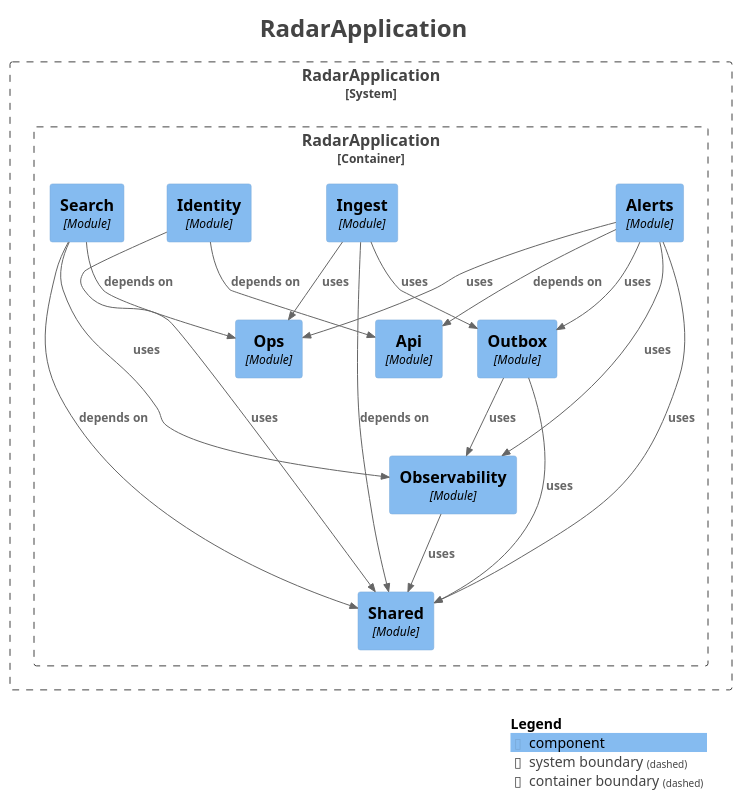
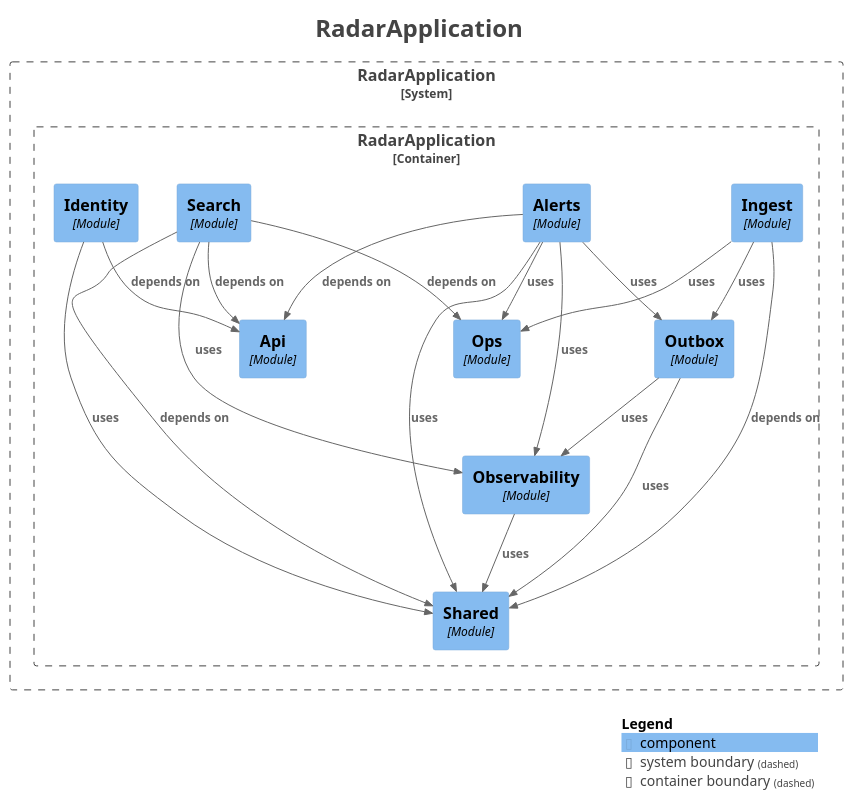
The diagram in docs/modules/components.puml (MiguelSanzBr/radar-licitacoes), drawn with PlantUML before and after one commit. The commit also changed 49 other files, not shown here.

Commit message:
feat(search): rest api

```diff
--- a/docs/modules/components.puml
+++ b/docs/modules/components.puml
@@ -1,52 +1,53 @@
 @startuml
 title <size:24>RadarApplication</size>
 
 set separator none
 top to bottom direction
 
 <style>
   root {
     BackgroundColor: #ffffff
     FontColor: #444444
   }
 </style>
 
 !include <C4/C4>
 !include <C4/C4_Context>
 !include <C4/C4_Component>
 
 System_Boundary("RadarApplication_boundary", "RadarApplication", $tags="") {
   Container_Boundary("RadarApplication.RadarApplication_boundary", "RadarApplication", $tags="") {
     Component(RadarApplication.RadarApplication.Alerts, "Alerts", $techn="Module", $descr="", $tags="", $link="")
     Component(RadarApplication.RadarApplication.Ingest, "Ingest", $techn="Module", $descr="", $tags="", $link="")
     Component(RadarApplication.RadarApplication.Api, "Api", $techn="Module", $descr="", $tags="", $link="")
     Component(RadarApplication.RadarApplication.Ops, "Ops", $techn="Module", $descr="", $tags="", $link="")
     Component(RadarApplication.RadarApplication.Shared, "Shared", $techn="Module", $descr="", $tags="", $link="")
     Component(RadarApplication.RadarApplication.Identity, "Identity", $techn="Module", $descr="", $tags="", $link="")
     Component(RadarApplication.RadarApplication.Observability, "Observability", $techn="Module", $descr="", $tags="", $link="")
     Component(RadarApplication.RadarApplication.Outbox, "Outbox", $techn="Module", $descr="", $tags="", $link="")
     Component(RadarApplication.RadarApplication.Search, "Search", $techn="Module", $descr="", $tags="", $link="")
   }
 
 }
 
+Rel(RadarApplication.RadarApplication.Ingest, RadarApplication.RadarApplication.Shared, "depends on", $techn="", $tags="", $link="")
+Rel(RadarApplication.RadarApplication.Ingest, RadarApplication.RadarApplication.Ops, "uses", $techn="", $tags="", $link="")
+Rel(RadarApplication.RadarApplication.Ingest, RadarApplication.RadarApplication.Outbox, "uses", $techn="", $tags="", $link="")
+Rel(RadarApplication.RadarApplication.Outbox, RadarApplication.RadarApplication.Shared, "uses", $techn="", $tags="", $link="")
+Rel(RadarApplication.RadarApplication.Outbox, RadarApplication.RadarApplication.Observability, "uses", $techn="", $tags="", $link="")
 Rel(RadarApplication.RadarApplication.Observability, RadarApplication.RadarApplication.Shared, "uses", $techn="", $tags="", $link="")
 Rel(RadarApplication.RadarApplication.Identity, RadarApplication.RadarApplication.Api, "depends on", $techn="", $tags="", $link="")
 Rel(RadarApplication.RadarApplication.Identity, RadarApplication.RadarApplication.Shared, "uses", $techn="", $tags="", $link="")
-Rel(RadarApplication.RadarApplication.Outbox, RadarApplication.RadarApplication.Shared, "uses", $techn="", $tags="", $link="")
-Rel(RadarApplication.RadarApplication.Outbox, RadarApplication.RadarApplication.Observability, "uses", $techn="", $tags="", $link="")
 Rel(RadarApplication.RadarApplication.Search, RadarApplication.RadarApplication.Ops, "depends on", $techn="", $tags="", $link="")
+Rel(RadarApplication.RadarApplication.Search, RadarApplication.RadarApplication.Api, "depends on", $techn="", $tags="", $link="")
 Rel(RadarApplication.RadarApplication.Search, RadarApplication.RadarApplication.Shared, "depends on", $techn="", $tags="", $link="")
 Rel(RadarApplication.RadarApplication.Search, RadarApplication.RadarApplication.Observability, "uses", $techn="", $tags="", $link="")
-Rel(RadarApplication.RadarApplication.Ingest, RadarApplication.RadarApplication.Shared, "depends on", $techn="", $tags="", $link="")
-Rel(RadarApplication.RadarApplication.Ingest, RadarApplication.RadarApplication.Ops, "uses", $techn="", $tags="", $link="")
-Rel(RadarApplication.RadarApplication.Ingest, RadarApplication.RadarApplication.Outbox, "uses", $techn="", $tags="", $link="")
 Rel(RadarApplication.RadarApplication.Alerts, RadarApplication.RadarApplication.Api, "depends on", $techn="", $tags="", $link="")
 Rel(RadarApplication.RadarApplication.Alerts, RadarApplication.RadarApplication.Observability, "uses", $techn="", $tags="", $link="")
 Rel(RadarApplication.RadarApplication.Alerts, RadarApplication.RadarApplication.Ops, "uses", $techn="", $tags="", $link="")
 Rel(RadarApplication.RadarApplication.Alerts, RadarApplication.RadarApplication.Outbox, "uses", $techn="", $tags="", $link="")
 Rel(RadarApplication.RadarApplication.Alerts, RadarApplication.RadarApplication.Shared, "uses", $techn="", $tags="", $link="")
 
 SHOW_LEGEND(true)
 hide stereotypes
 @enduml
```
